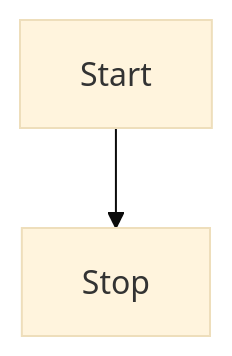
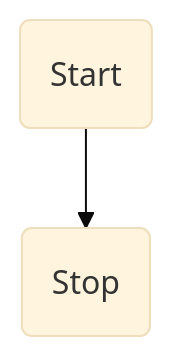
The diagram in project01FlowchartCore.md (brolonium210/ENGR101_MD), drawn with Mermaid (base theme) before and after one commit.

````diff
--- a/project01FlowchartCore.md
+++ b/project01FlowchartCore.md
@@ -1,10 +1,10 @@
 ```mermaid
 ---
   title:Core Flowchart
 ---
 
 flowchart TD
-    Start --> Stop
+    A(Start) -->B(Stop)
 
 
 ```
````
